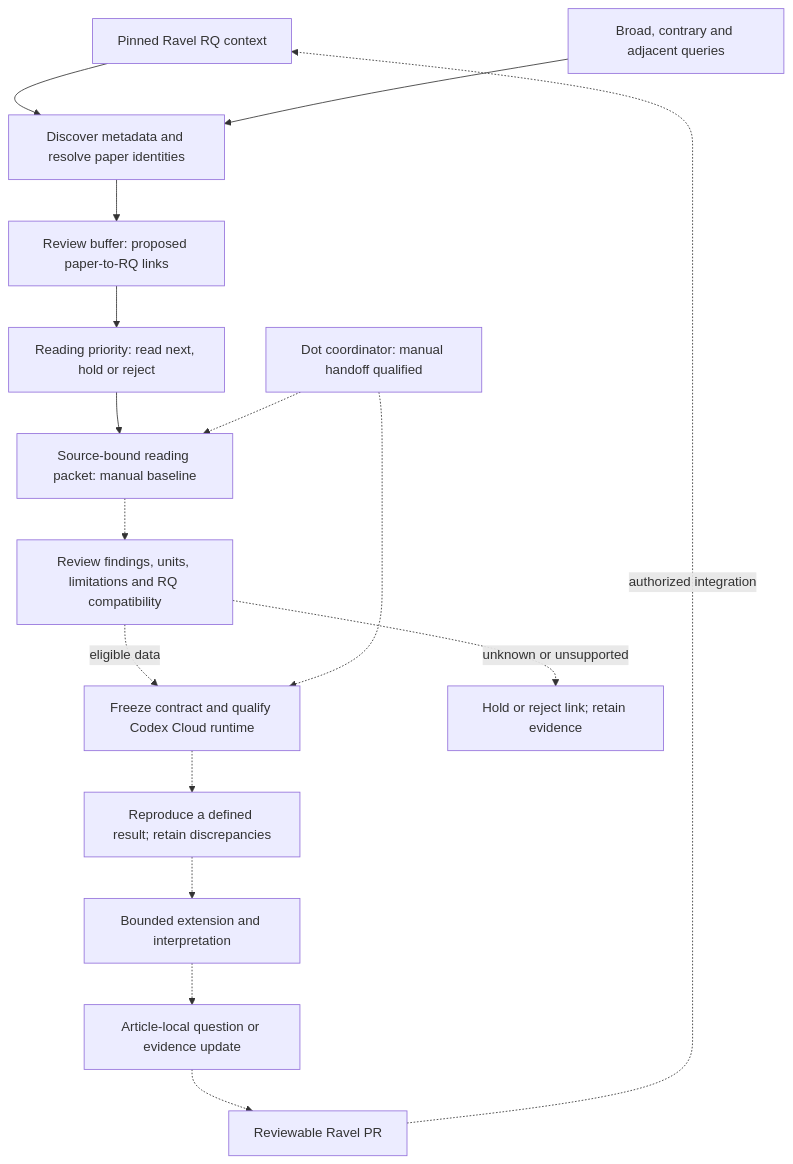
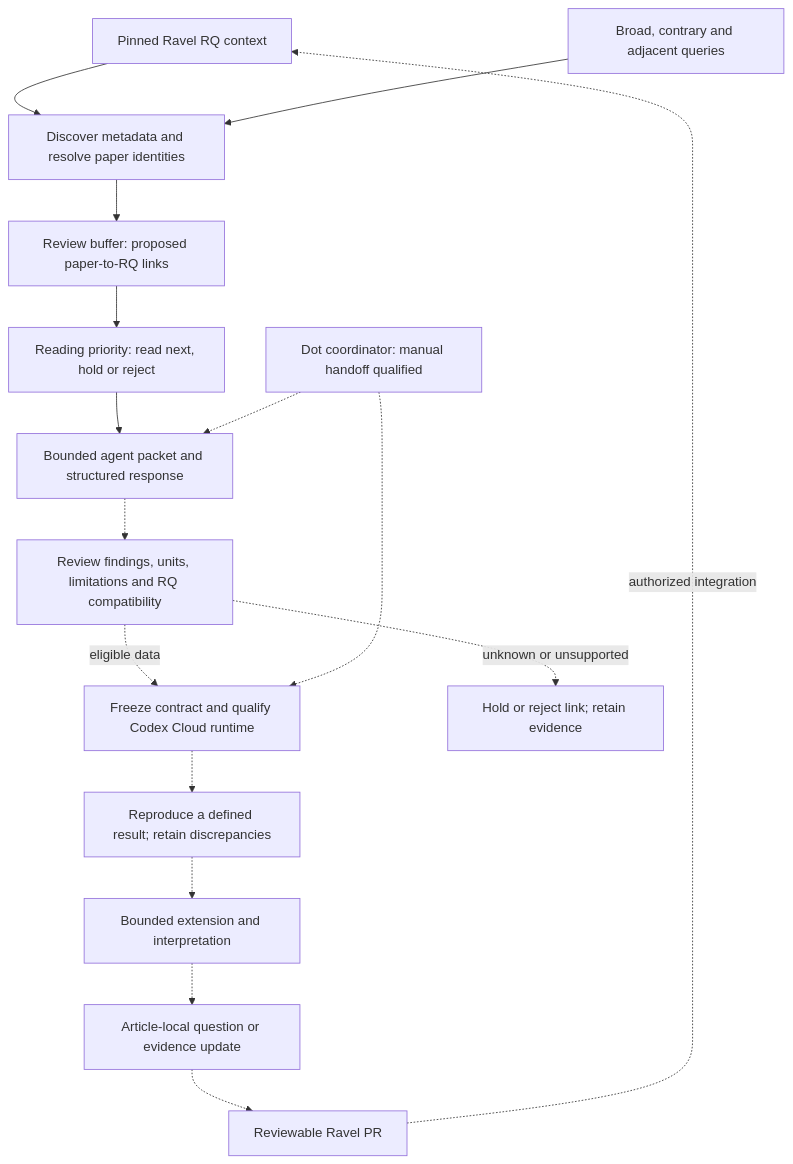
Before and after one commit to xorca0711/weft: the first of 2 diagrams in README.md, drawn with Mermaid. The commit also changed other lines of this file and 15 other files, not shown here.

Commit message:
Add bounded discovery batches and source-bound screening interface

````diff
--- a/README.md
+++ b/README.md
@@ -46,18 +49,18 @@
 ```mermaid
 flowchart TD
     R["Pinned Ravel RQ context"] --> D["Discover metadata and resolve paper identities"]
     Q["Broad, contrary and adjacent queries"] --> D
     D --> B["Review buffer: proposed paper-to-RQ links"]
     B --> T["Reading priority: read next, hold or reject"]
-    T --> P["Source-bound reading packet: manual baseline"]
+    T --> P["Bounded agent packet and structured response"]
     O["Dot coordinator: manual handoff qualified"] -.-> P
     P -.-> V["Review findings, units, limitations and RQ compatibility"]
     V -.->|eligible data| C["Freeze contract and qualify Codex Cloud runtime"]
     O -.-> C
     V -.->|unknown or unsupported| H["Hold or reject link; retain evidence"]
     C -.-> A["Reproduce a defined result; retain discrepancies"]
     A -.-> E["Bounded extension and interpretation"]
     E -.-> N["Article-local question or evidence update"]
     N -.-> X["Reviewable Ravel PR"]
     X -.->|authorized integration| R
 ```
````
